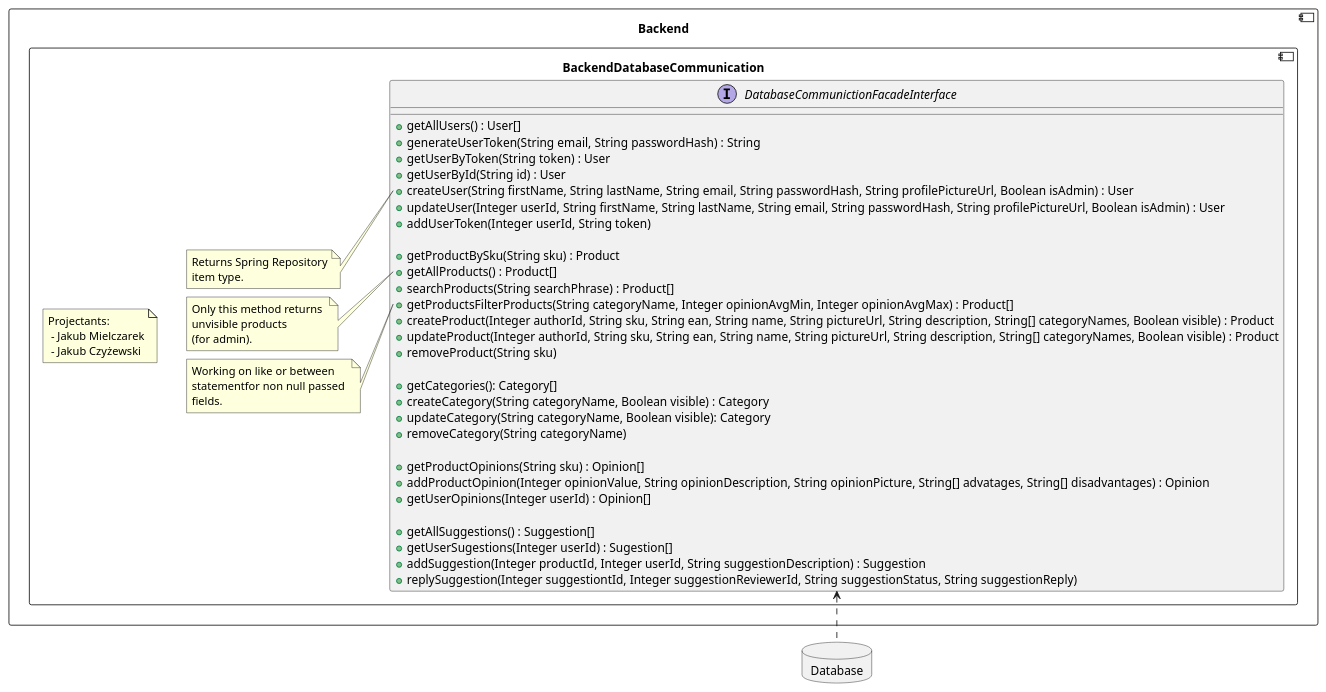
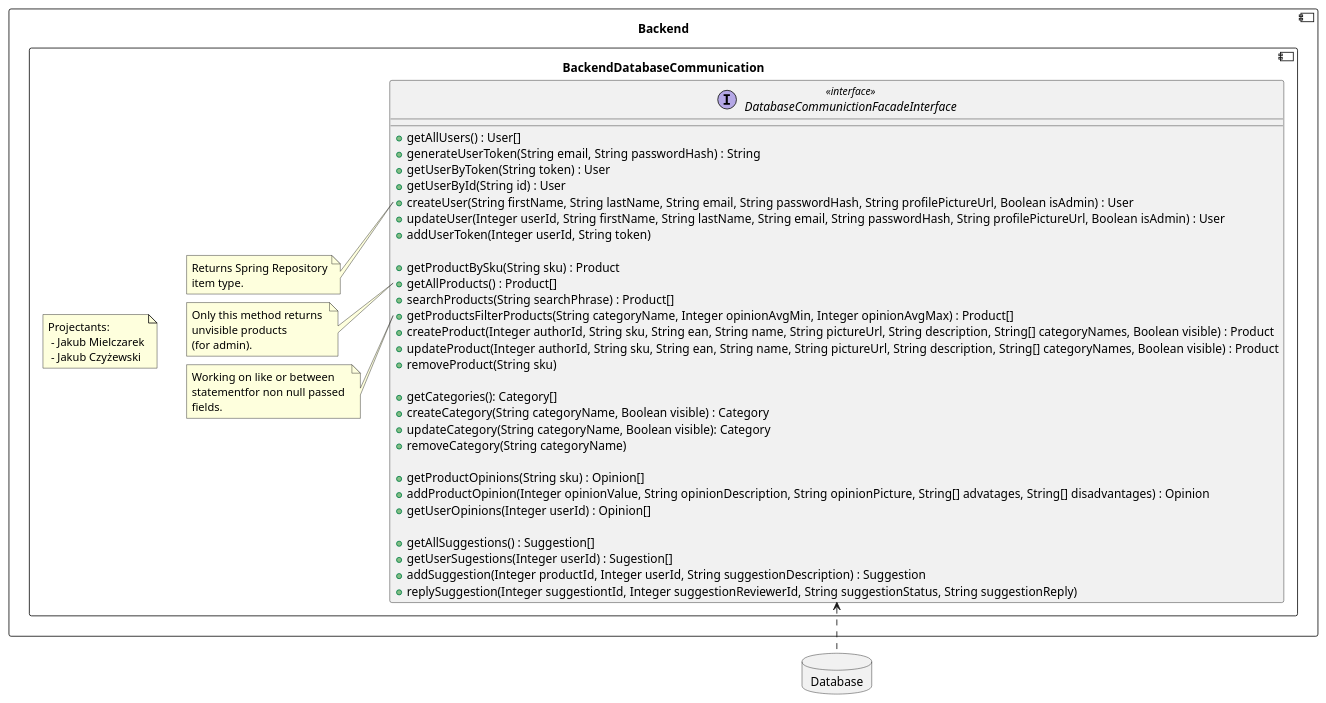
The diagram in backend/BackendDatabaseCommunication.md (RadekBucki/OpinionCollectorArchitecture), drawn with PlantUML before and after one commit. The commit also changed 1 other file, not shown here.

Commit message:
Interfaces notation fix

````diff
--- a/backend/BackendDatabaseCommunication.md
+++ b/backend/BackendDatabaseCommunication.md
@@ -3,66 +3,66 @@
 ```plantuml
 @startuml
 
 database Database {
 }
 component Backend {
     component BackendDatabaseCommunication {
         note as Authors
             Projectants: 
              - Jakub Mielczarek
              - Jakub Czyżewski
         endnote
-        interface DatabaseCommunictionFacadeInterface {
+        interface DatabaseCommunictionFacadeInterface <<interface>> {
             + getAllUsers() : User[]
             + generateUserToken(String email, String passwordHash) : String
             + getUserByToken(String token) : User
             + getUserById(String id) : User
             + createUser(String firstName, String lastName, String email, String passwordHash, String profilePictureUrl, Boolean isAdmin) : User
             + updateUser(Integer userId, String firstName, String lastName, String email, String passwordHash, String profilePictureUrl, Boolean isAdmin) : User
             + addUserToken(Integer userId, String token)
             
             + getProductBySku(String sku) : Product
             + getAllProducts() : Product[]
             + searchProducts(String searchPhrase) : Product[]
             + getProductsFilterProducts(String categoryName, Integer opinionAvgMin, Integer opinionAvgMax) : Product[]
             + createProduct(Integer authorId, String sku, String ean, String name, String pictureUrl, String description, String[] categoryNames, Boolean visible) : Product
             + updateProduct(Integer authorId, String sku, String ean, String name, String pictureUrl, String description, String[] categoryNames, Boolean visible) : Product
             + removeProduct(String sku)
             
             + getCategories(): Category[]
             + createCategory(String categoryName, Boolean visible) : Category
             + updateCategory(String categoryName, Boolean visible): Category
             + removeCategory(String categoryName)
             
             + getProductOpinions(String sku) : Opinion[]
             + addProductOpinion(Integer opinionValue, String opinionDescription, String opinionPicture, String[] advatages, String[] disadvantages) : Opinion
             + getUserOpinions(Integer userId) : Opinion[]
             
             + getAllSuggestions() : Suggestion[]
             + getUserSugestions(Integer userId) : Sugestion[]
             + addSuggestion(Integer productId, Integer userId, String suggestionDescription) : Suggestion
             + replySuggestion(Integer suggestiontId, Integer suggestionReviewerId, String suggestionStatus, String suggestionReply)
         }
         note left of DatabaseCommunictionFacadeInterface::createUser
             Returns Spring Repository
             item type.
         endnote
         
         note left of DatabaseCommunictionFacadeInterface::getAllProducts
             Only this method returns 
             unvisible products
             (for admin).
         endnote
         
         note left of DatabaseCommunictionFacadeInterface::getProductsFilterProducts
             Working on like or between 
             statementfor non null passed 
             fields.
         endnote
     }
 }
 
 DatabaseCommunictionFacadeInterface <.. Database
 
 @enduml 
 ```
````
